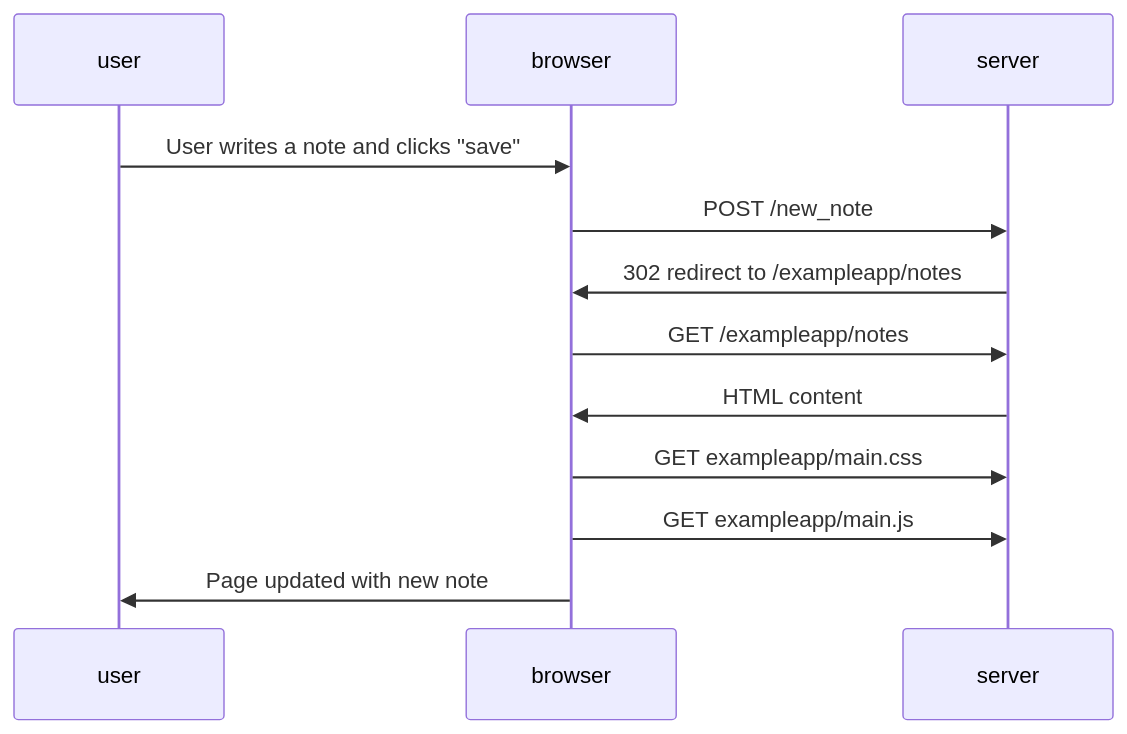
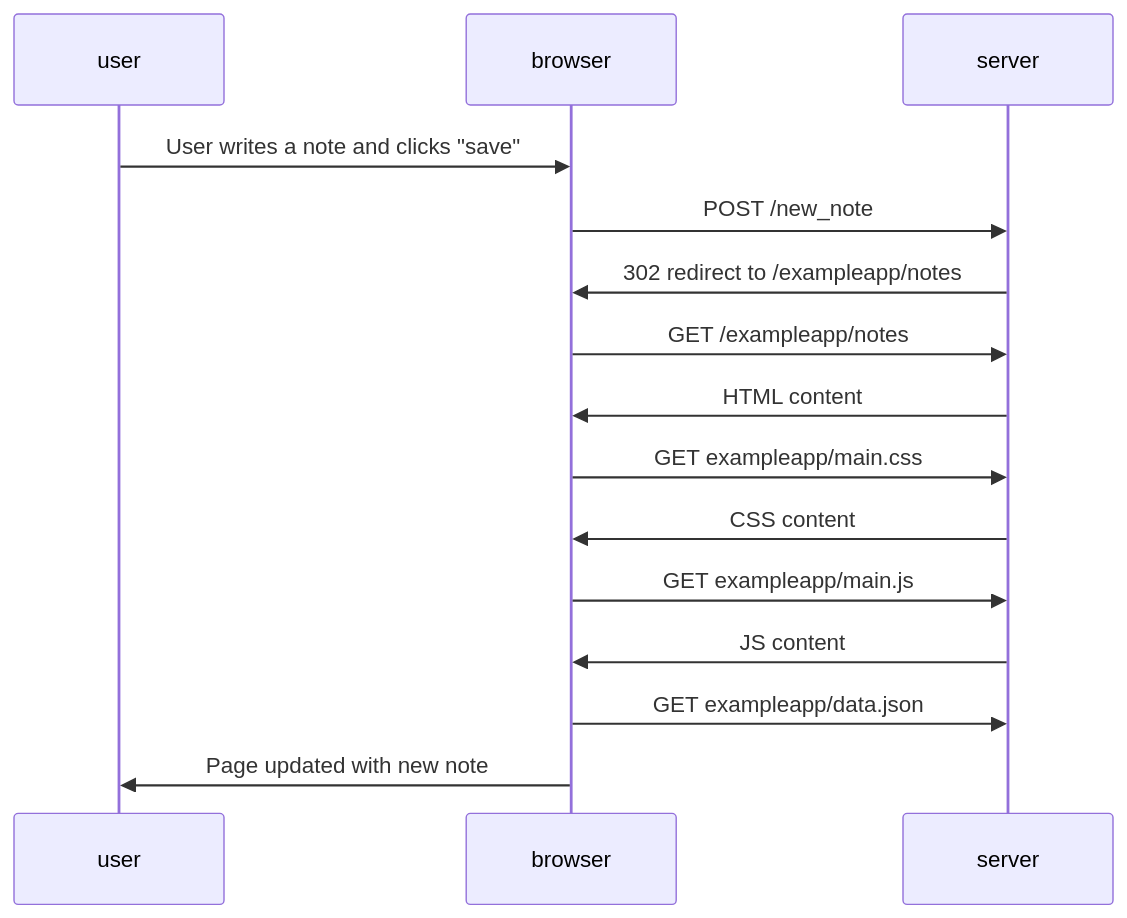
The diagram in osa0/new-note-diagram.md (lodveffe/FSO), drawn with Mermaid before and after one commit.

Commit message:
modified:   osa0/new-note-diagram.md     added some GET requests

````diff
--- a/osa0/new-note-diagram.md
+++ b/osa0/new-note-diagram.md
@@ -1,15 +1,18 @@
 ```mermaid
 sequenceDiagram
     participant U as user
     participant B as browser
     participant S as server
 
     U->>B: User writes a note and clicks "save"
     B->>S: POST /new_note
     S->>B: 302 redirect to /exampleapp/notes
     B->>S: GET /exampleapp/notes
     S->>B: HTML content
     B->>S: GET exampleapp/main.css
+    S->>B: CSS content
     B->>S: GET exampleapp/main.js
+    S->>B: JS content
+    B->>S: GET exampleapp/data.json
     B->>U: Page updated with new note
 ```
````
